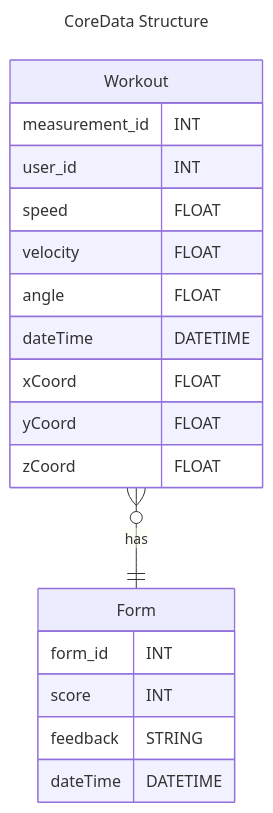
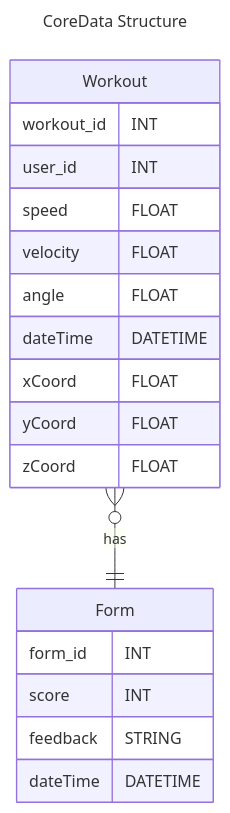
One commit to Capstone-Projects-2024-Spring/project-smartweights changed the fourth of 4 diagrams in documentation/docs/system-architecture/database-diagrams.md. Above: the diagram before and after it, drawn with Mermaid.

Commit message:
Update database-diagrams.md
changed measurement_id to workout_id

````diff
--- a/documentation/docs/system-architecture/database-diagrams.md
+++ b/documentation/docs/system-architecture/database-diagrams.md
@@ -176,29 +176,29 @@
 ```mermaid
 ---
 title: CoreData Structure
 ---
 
 erDiagram
     Workout {
-        measurement_id INT
+        workout_id INT
         user_id INT
         speed FLOAT
         velocity FLOAT
         angle FLOAT
         dateTime DATETIME
         xCoord FLOAT
         yCoord FLOAT
         zCoord FLOAT
     }
     Form {
         form_id INT
         score INT
         feedback STRING
         dateTime DATETIME
     }
     
     Workout }o--|| Form : has
 
 
 
 ```
````
